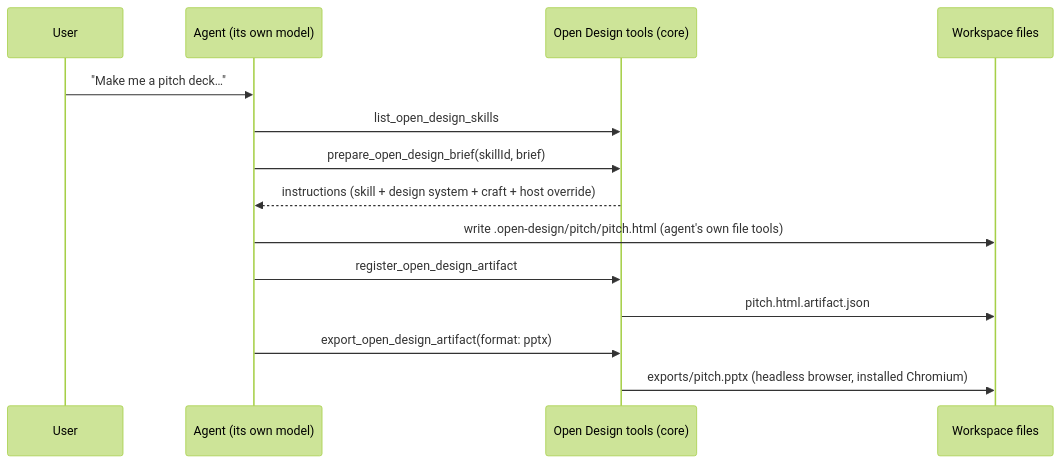
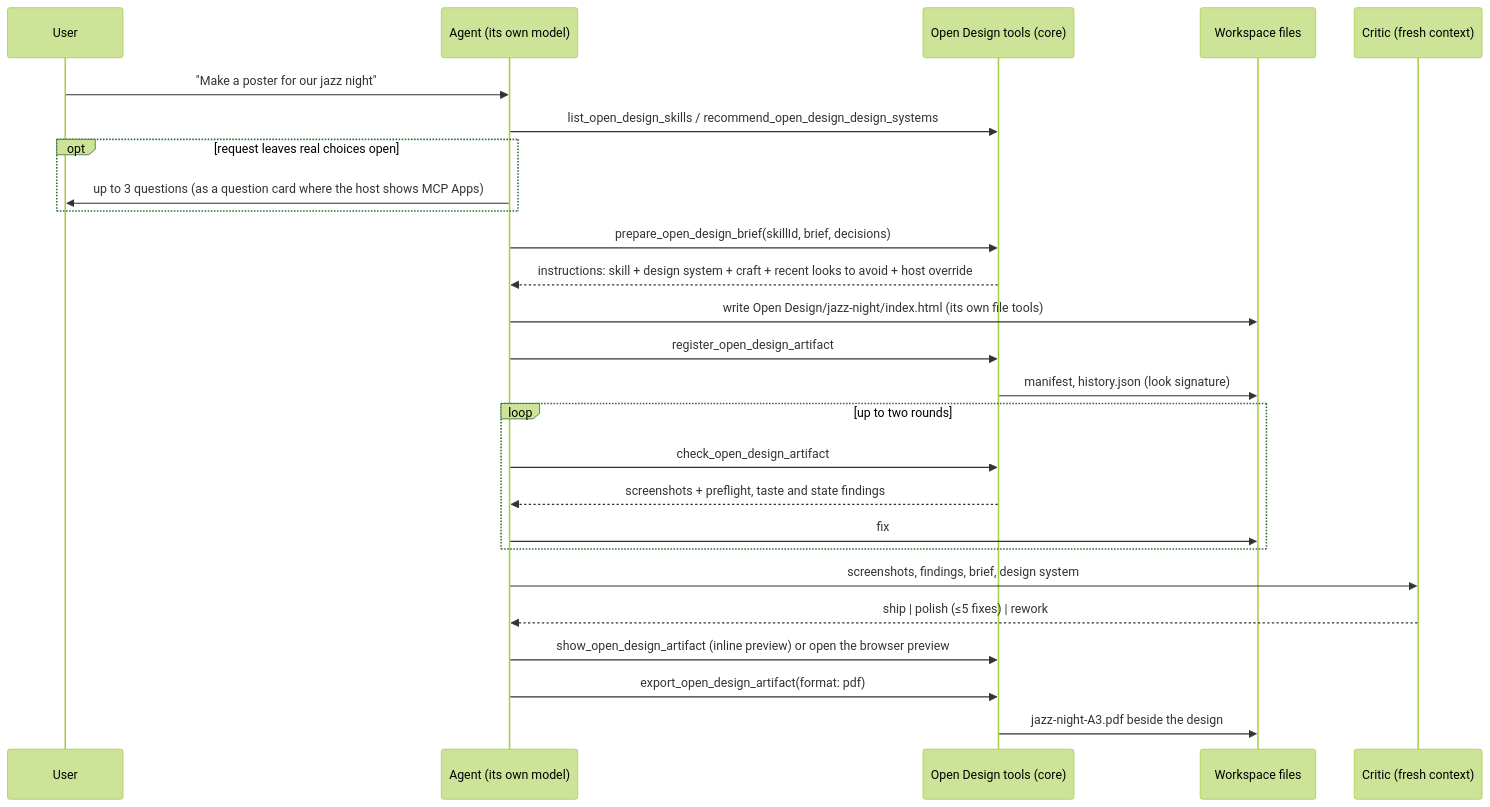
The second of 3 diagrams in docs/contributing/architecture.md (SergeiErmolaev/open-design-agent-kit), drawn with Mermaid (forest theme) before and after one commit. The commit also changed other lines of this file and 10 other files, not shown here.

````diff
--- a/docs/contributing/architecture.md
+++ b/docs/contributing/architecture.md
@@ -54,16 +85,28 @@
 ```mermaid
 sequenceDiagram
   participant U as User
   participant A as Agent (its own model)
   participant T as Open Design tools (core)
   participant FS as Workspace files
-  U->>A: "Make me a pitch deck…"
-  A->>T: list_open_design_skills
-  A->>T: prepare_open_design_brief(skillId, brief)
-  T-->>A: instructions (skill + design system + craft + host override)
-  A->>FS: write .open-design/pitch/pitch.html (agent's own file tools)
+  participant C as Critic (fresh context)
+  U->>A: "Make a poster for our jazz night"
+  A->>T: list_open_design_skills / recommend_open_design_design_systems
+  opt request leaves real choices open
+    A->>U: up to 3 questions (as a question card where the host shows MCP Apps)
+  end
+  A->>T: prepare_open_design_brief(skillId, brief, decisions)
+  T-->>A: instructions: skill + design system + craft + recent looks to avoid + host override
+  A->>FS: write Open Design/jazz-night/index.html (its own file tools)
   A->>T: register_open_design_artifact
-  T->>FS: pitch.html.artifact.json
-  A->>T: export_open_design_artifact(format: pptx)
-  T->>FS: exports/pitch.pptx (headless browser, installed Chromium)
+  T->>FS: manifest, history.json (look signature)
+  loop up to two rounds
+    A->>T: check_open_design_artifact
+    T-->>A: screenshots + preflight, taste and state findings
+    A->>FS: fix
+  end
+  A->>C: screenshots, findings, brief, design system
+  C-->>A: ship | polish (≤5 fixes) | rework
+  A->>T: show_open_design_artifact (inline preview) or open the browser preview
+  A->>T: export_open_design_artifact(format: pdf)
+  T->>FS: jazz-night-A3.pdf beside the design
 ```
````
